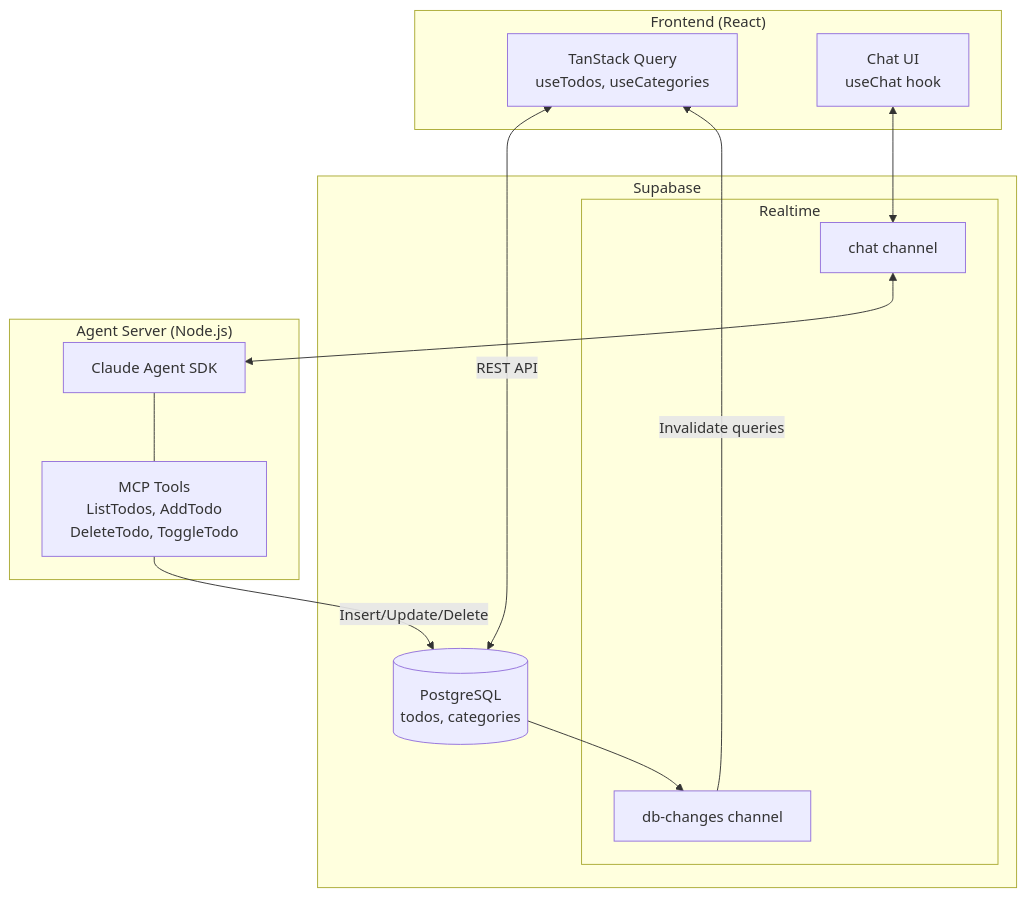
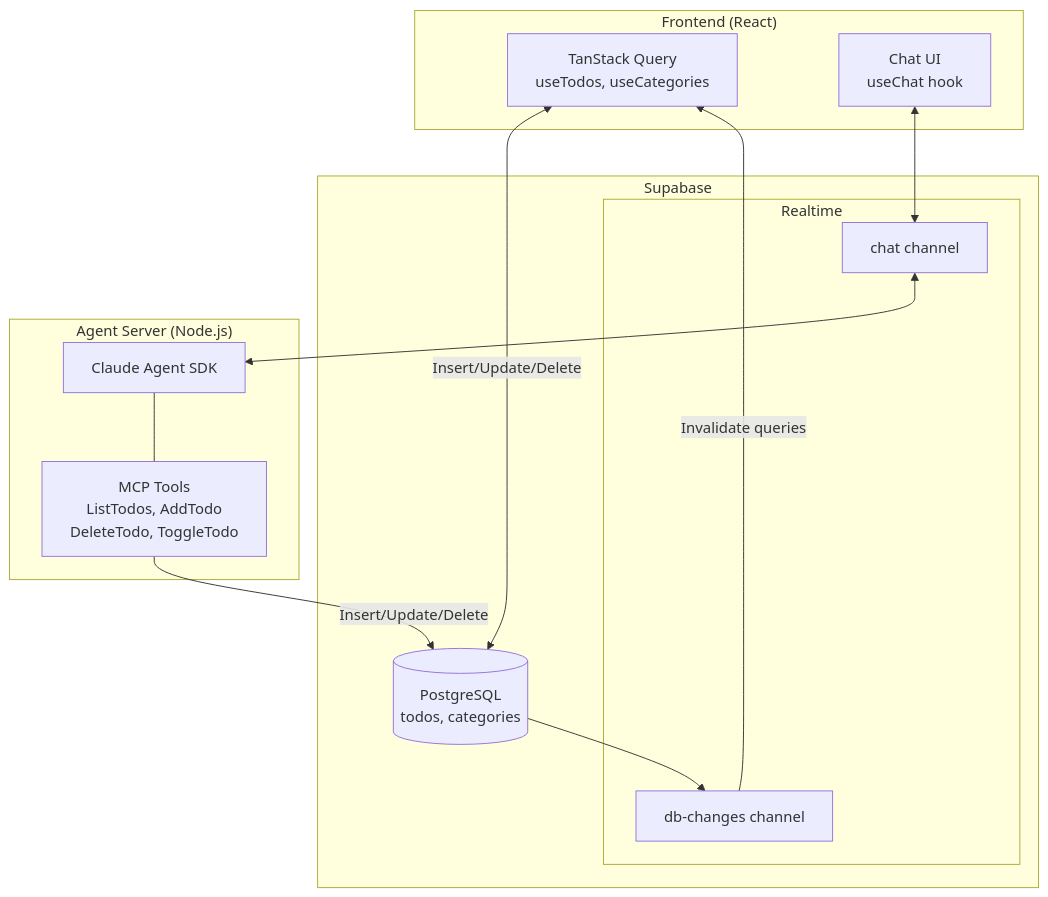
The diagram in README.md (willatlawford/supabase-test), drawn with Mermaid before and after one commit.

Commit message:
consistency

````diff
--- a/README.md
+++ b/README.md
@@ -33,35 +33,35 @@
 ```mermaid
 flowchart TB
     subgraph Frontend["Frontend (React)"]
         TQ["TanStack Query<br/>useTodos, useCategories"]
         Chat["Chat UI<br/>useChat hook"]
     end
 
     subgraph Supabase["Supabase"]
         subgraph RT["Realtime"]
             BC["chat channel"]
             PC["db-changes channel"]
         end
         DB[(PostgreSQL<br/>todos, categories)]
     end
 
     subgraph Server["Agent Server (Node.js)"]
         SDK["Claude Agent SDK"]
         MCP["MCP Tools<br/>ListTodos, AddTodo<br/>DeleteTodo, ToggleTodo"]
     end
 
     %% Chat flow via Broadcast
     Chat <--> BC
     BC <--> SDK
 
     %% DB operations
-    TQ <-->|"REST API"| DB
+    TQ <-->|"Insert/Update/Delete"| DB
     MCP -->|"Insert/Update/Delete"| DB
 
     %% Realtime DB sync
     DB --> PC
     PC -->|"Invalidate queries"| TQ
 
     %% Internal server
     SDK --- MCP
 ```
````
